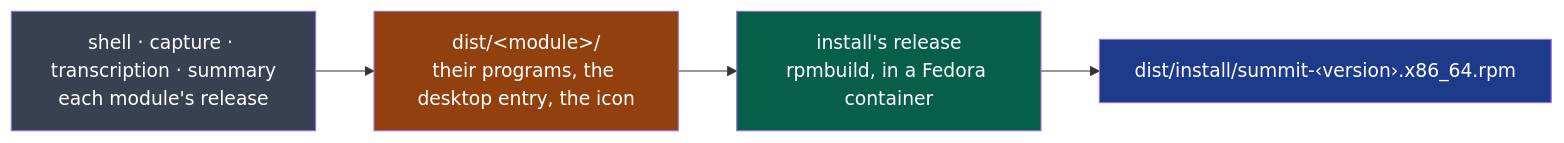
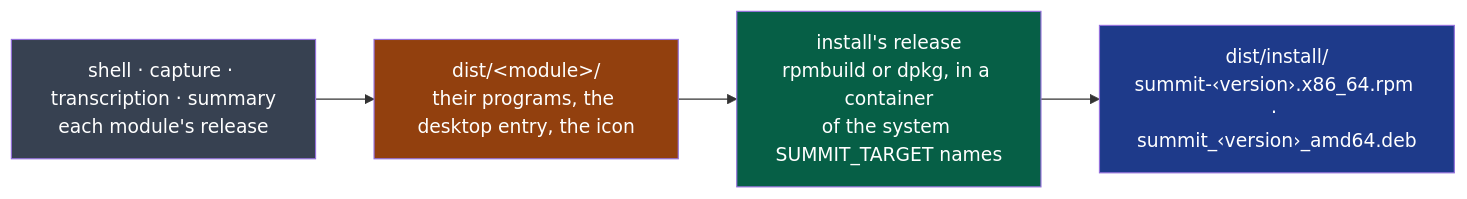
The diagram in modules/install/README.md (NapkinStack/wholeheard), drawn with Mermaid before and after one commit. The commit also changed other lines of this file and 8 other files, not shown here.

First line of the commit message:
D27 — install: the .deb for Ubuntu, each package made for the system named

````diff
--- a/modules/install/README.md
+++ b/modules/install/README.md
@@ -6,10 +6,10 @@
 ```mermaid
 flowchart LR
     M["shell · capture · transcription · summary<br/>each module's release"]:::mod --> D["dist/&lt;module&gt;/<br/>their programs, the desktop entry, the icon"]:::art
-    D --> B["install's release<br/>rpmbuild, in a Fedora container"]:::this
-    B --> R["dist/install/summit-‹version›.x86_64.rpm"]:::out
+    D --> B["install's release<br/>rpmbuild or dpkg, in a container<br/>of the system SUMMIT_TARGET names"]:::this
+    B --> R["dist/install/<br/>summit-‹version›.x86_64.rpm · summit_‹version›_amd64.deb"]:::out
     classDef mod fill:#374151,color:#fff
     classDef art fill:#92400e,color:#fff
     classDef this fill:#065f46,color:#fff
     classDef out fill:#1e3a8a,color:#fff
 ```
````
